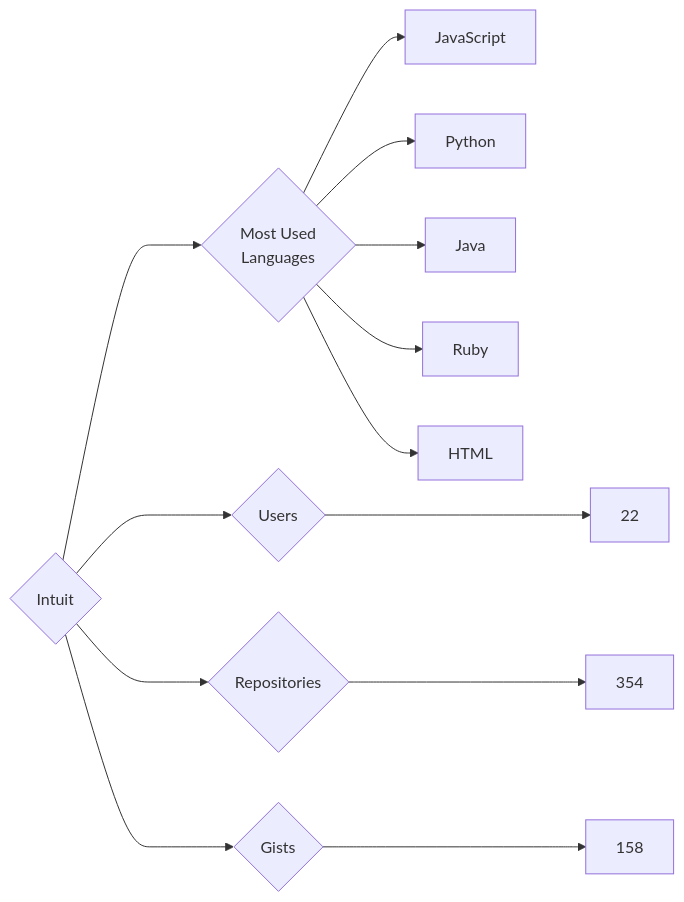
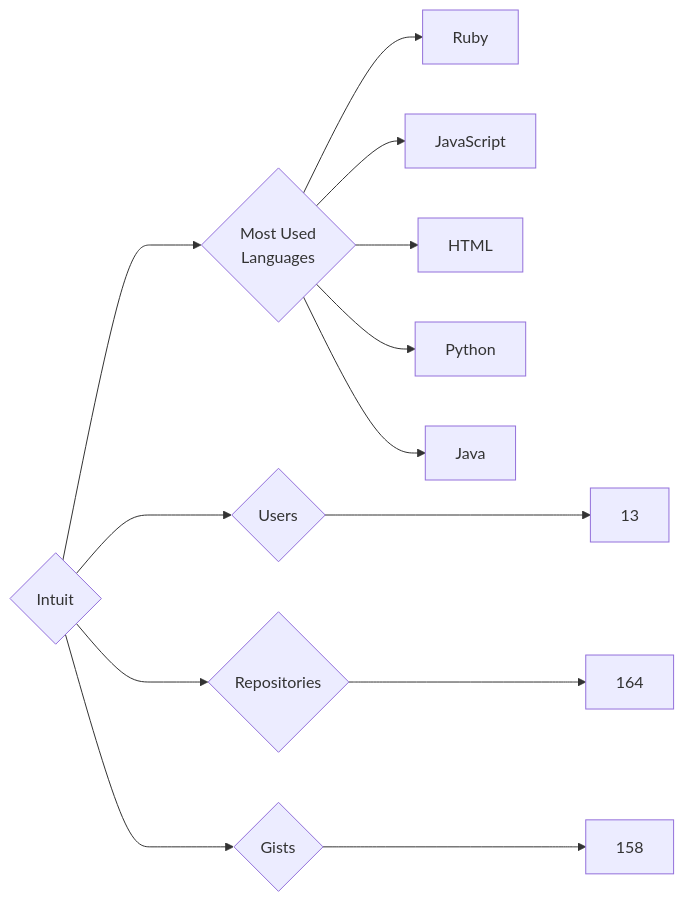
One commit to trickest/insiders changed the diagram in targets/Intuit/README.md. Above: the diagram before and after it, drawn with Mermaid. The commit also changed 1020 other files, not shown here.

````diff
--- a/targets/Intuit/README.md
+++ b/targets/Intuit/README.md
@@ -3,13 +3,13 @@
 ```mermaid
 graph LR
 COMPANY_NAME{Intuit}
-COMPANY_NAME ---> U{Users} ---> UN[22]
-COMPANY_NAME ---> R{Repositories} ---> RN[354]
+COMPANY_NAME ---> U{Users} ---> UN[13]
+COMPANY_NAME ---> R{Repositories} ---> RN[164]
 COMPANY_NAME ---> G{Gists} ---> GN[158]
 COMPANY_NAME ---> ML{Most Used<br>Languages}
+ML --> Ruby[Ruby]
 ML --> JavaScript[JavaScript]
+ML --> HTML[HTML]
 ML --> Python[Python]
 ML --> Java[Java]
-ML --> Ruby[Ruby]
-ML --> HTML[HTML]
 ```
````
